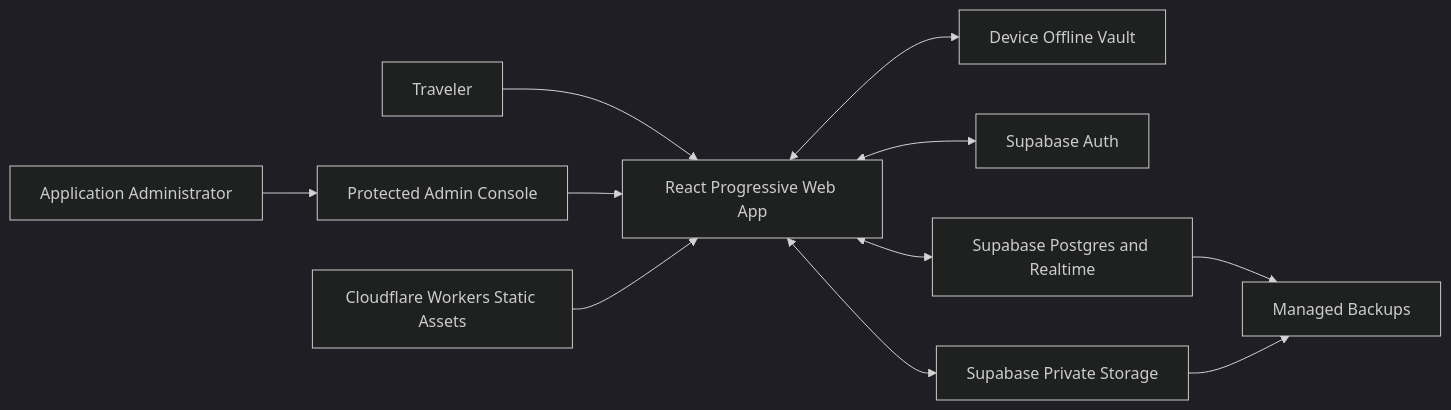
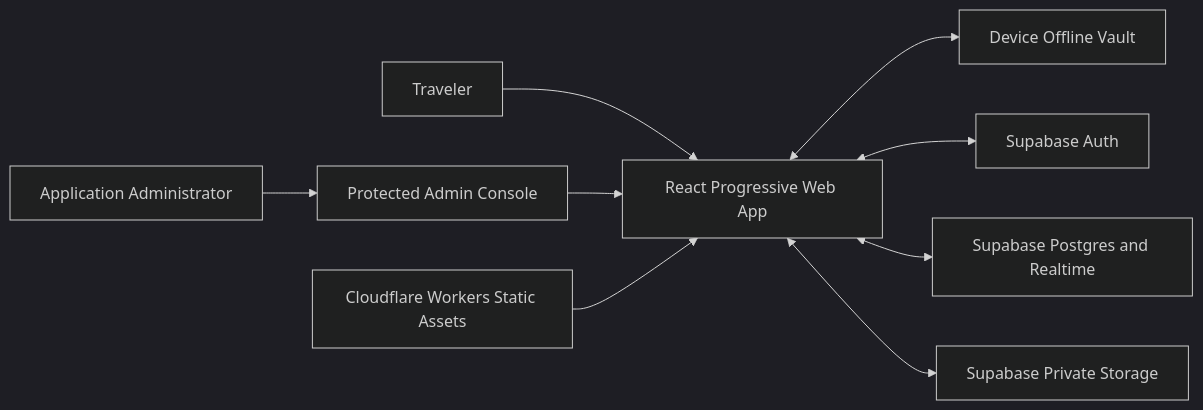
The first of 4 diagrams in docs/HIGH_LEVEL_DESIGN.md (shantanu1258/trip-vault), drawn with Mermaid (dark theme) before and after one commit. The commit also changed other lines of this file and 9 other files, not shown here.

````diff
--- a/docs/HIGH_LEVEL_DESIGN.md
+++ b/docs/HIGH_LEVEL_DESIGN.md
@@ -77,13 +88,11 @@
 ```mermaid
 flowchart LR
     U[Traveler] --> PWA[React Progressive Web App]
     ADMIN[Application Administrator] --> CONSOLE[Protected Admin Console]
     CONSOLE --> PWA
     PWA <--> LOCAL[Device Offline Vault]
     PWA <--> AUTH[Supabase Auth]
     PWA <--> DB[Supabase Postgres and Realtime]
     PWA <--> FILES[Supabase Private Storage]
     CF[Cloudflare Workers Static Assets] --> PWA
-    DB --> BACKUP[Managed Backups]
-    FILES --> BACKUP
 ```
````
